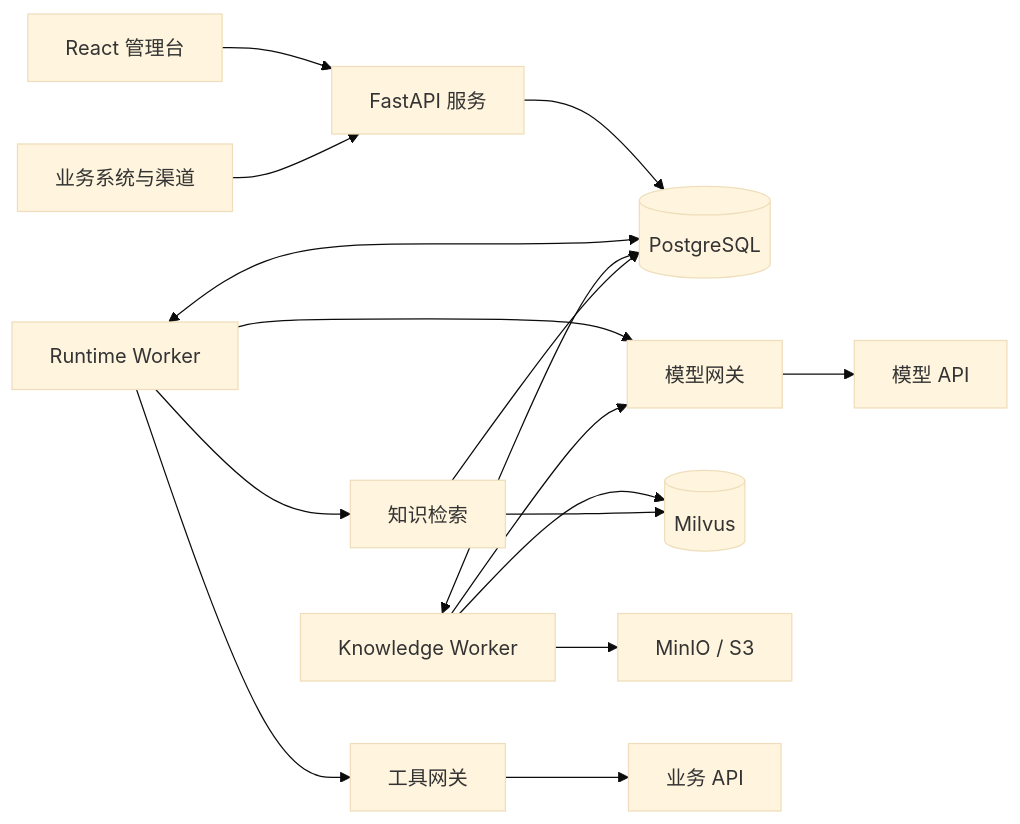
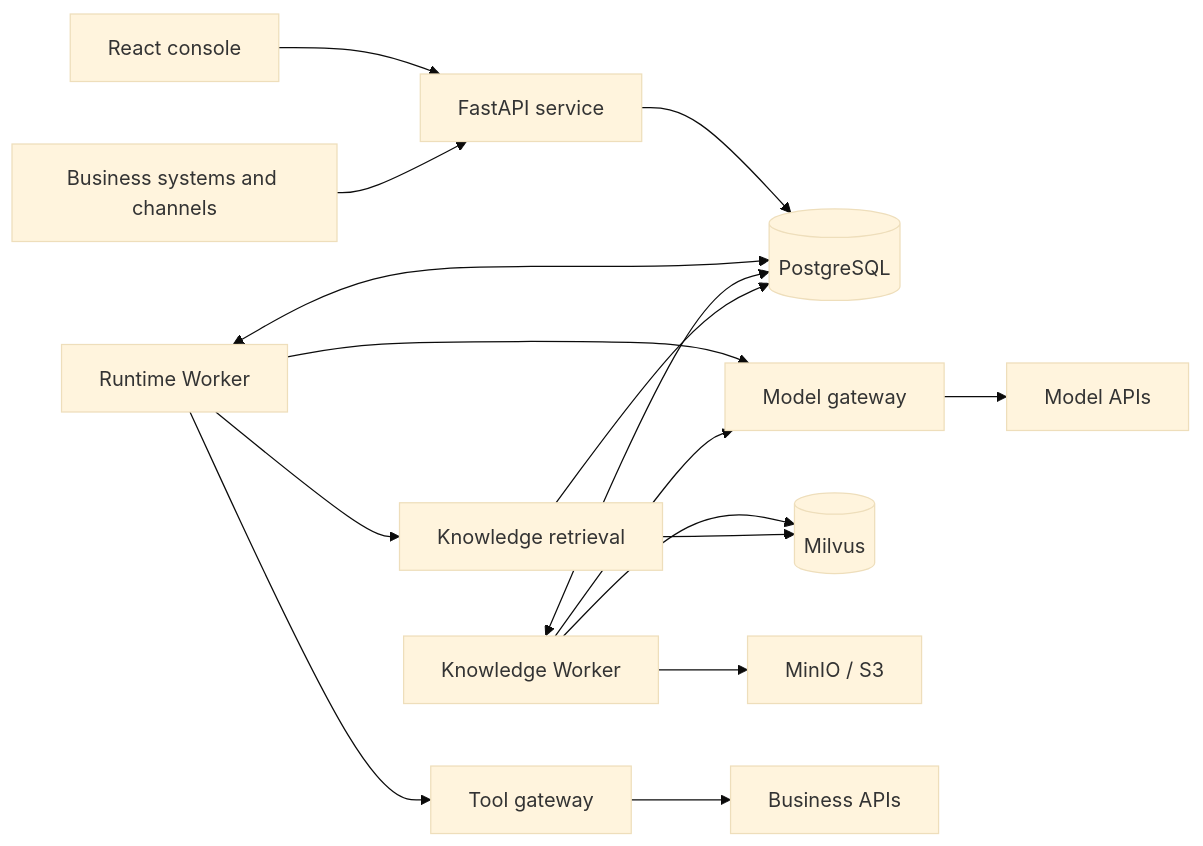
One commit to GroundedCore/nexusdesk changed the diagram in README.md. Above: the diagram before and after it, drawn with Mermaid (base theme). The commit also changed other lines of this file and 3 other files, not shown here.

````diff
--- a/README.md
+++ b/README.md
@@ -170,18 +174,18 @@
 ```mermaid
 flowchart LR
-    Console[React 管理台] --> API[FastAPI 服务]
-    Channels[业务系统与渠道] --> API
+    Console[React console] --> API[FastAPI service]
+    Channels[Business systems and channels] --> API
     API --> PG[(PostgreSQL)]
     Runtime[Runtime Worker] <--> PG
     Knowledge[Knowledge Worker] <--> PG
-    Runtime --> Gateway[模型网关]
-    Runtime --> Tools[工具网关]
-    Runtime --> Retrieval[知识检索]
+    Runtime --> Gateway[Model gateway]
+    Runtime --> Tools[Tool gateway]
+    Runtime --> Retrieval[Knowledge retrieval]
     Knowledge --> Gateway
     Knowledge --> Milvus[(Milvus)]
     Knowledge --> Storage[MinIO / S3]
     Retrieval --> Milvus
     Retrieval --> PG
-    Gateway --> Models[模型 API]
-    Tools --> Business[业务 API]
+    Gateway --> Models[Model APIs]
+    Tools --> Business[Business APIs]
 ```
````
